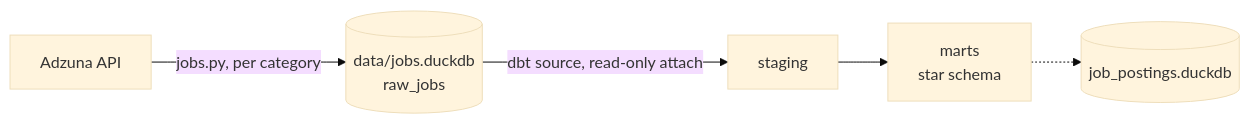
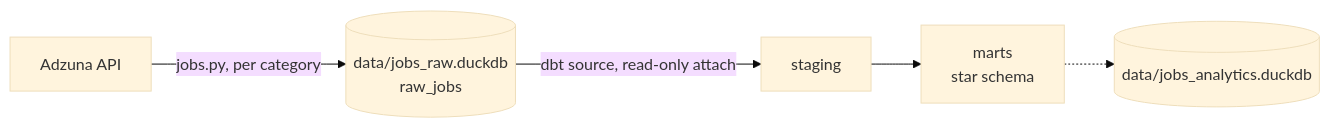
One commit to coalesce8/job-postings-warehouse changed the diagram in README.md. Above: the diagram before and after it, drawn with Mermaid (base theme). The commit also changed other lines of this file and 3 other files, not shown here.

````diff
--- a/README.md
+++ b/README.md
@@ -7,7 +7,7 @@
 ```mermaid
 flowchart LR
-    A[Adzuna API] -->|jobs.py, per category| B[(data/jobs.duckdb<br/>raw_jobs)]
+    A[Adzuna API] -->|jobs.py, per category| B[(data/jobs_raw.duckdb<br/>raw_jobs)]
     B -->|dbt source, read-only attach| C[staging]
     C --> D[marts<br/>star schema]
-    D -.-> E[(job_postings.duckdb)]
+    D -.-> E[(data/jobs_analytics.duckdb)]
 ```
````
